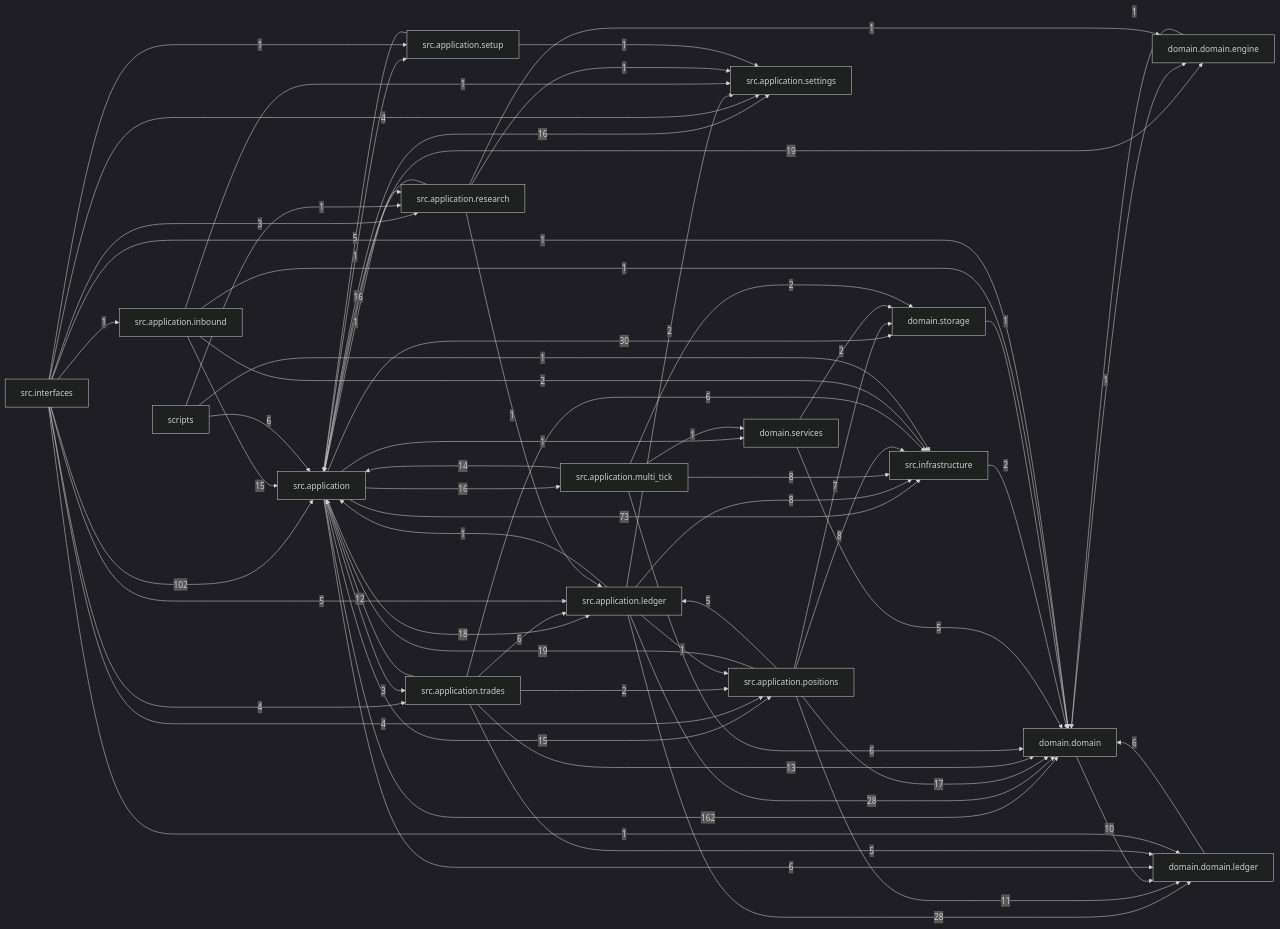
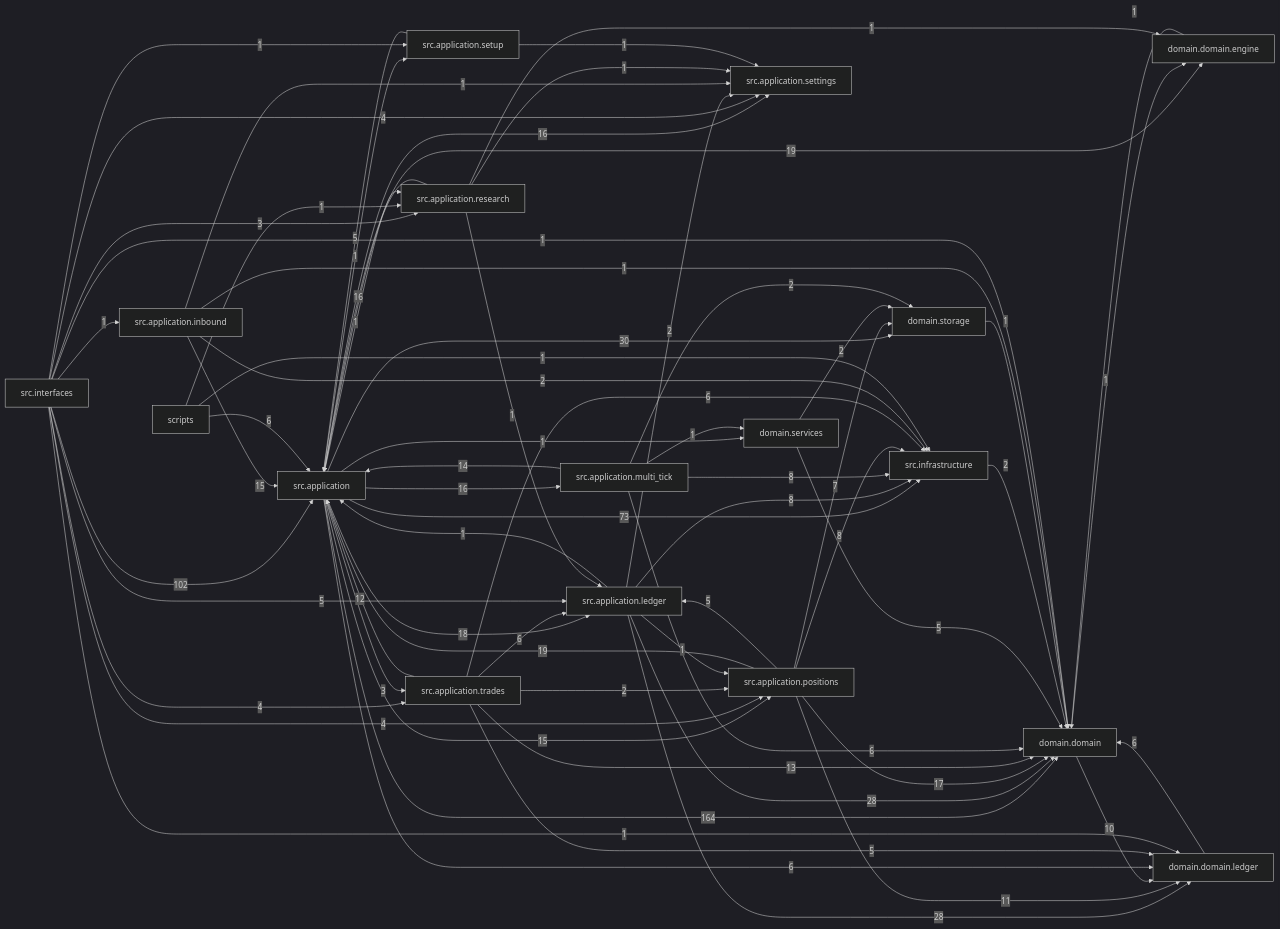
One commit to liuxie066/options-monitor changed the diagram in docs/dependency_graph.mmd. Above: the diagram before and after it, drawn with Mermaid (dark theme). The commit also changed 7 other files, not shown here.

```diff
--- a/docs/dependency_graph.mmd
+++ b/docs/dependency_graph.mmd
@@ -1,68 +1,68 @@
 flowchart LR
-  src_application["src.application"] -->|162| domain_domain["domain.domain"]
+  src_application["src.application"] -->|164| domain_domain["domain.domain"]
   src_interfaces["src.interfaces"] -->|102| src_application["src.application"]
   src_application["src.application"] -->|73| src_infrastructure["src.infrastructure"]
   src_application["src.application"] -->|30| domain_storage["domain.storage"]
   src_application_ledger["src.application.ledger"] -->|28| domain_domain["domain.domain"]
   src_application_ledger["src.application.ledger"] -->|28| domain_domain_ledger["domain.domain.ledger"]
   src_application["src.application"] -->|19| domain_domain_engine["domain.domain.engine"]
   src_application_positions["src.application.positions"] -->|19| src_application["src.application"]
   src_application["src.application"] -->|18| src_application_ledger["src.application.ledger"]
   src_application_positions["src.application.positions"] -->|17| domain_domain["domain.domain"]
   src_application["src.application"] -->|16| src_application_multi_tick["src.application.multi_tick"]
   src_application["src.application"] -->|16| src_application_settings["src.application.settings"]
   src_application_research["src.application.research"] -->|16| src_application["src.application"]
   src_application["src.application"] -->|15| src_application_positions["src.application.positions"]
   src_application_inbound["src.application.inbound"] -->|15| src_application["src.application"]
   src_application_multi_tick["src.application.multi_tick"] -->|14| src_application["src.application"]
   src_application_trades["src.application.trades"] -->|13| domain_domain["domain.domain"]
   src_application_trades["src.application.trades"] -->|12| src_application["src.application"]
   src_application_positions["src.application.positions"] -->|11| domain_domain_ledger["domain.domain.ledger"]
   domain_domain["domain.domain"] -->|10| domain_domain_ledger["domain.domain.ledger"]
   src_application_ledger["src.application.ledger"] -->|8| src_infrastructure["src.infrastructure"]
   src_application_multi_tick["src.application.multi_tick"] -->|8| src_infrastructure["src.infrastructure"]
   src_application_positions["src.application.positions"] -->|8| src_infrastructure["src.infrastructure"]
   src_application_positions["src.application.positions"] -->|7| domain_storage["domain.storage"]
   domain_domain_ledger["domain.domain.ledger"] -->|6| domain_domain["domain.domain"]
   scripts["scripts"] -->|6| src_application["src.application"]
   src_application["src.application"] -->|6| domain_domain_ledger["domain.domain.ledger"]
   src_application_multi_tick["src.application.multi_tick"] -->|6| domain_domain["domain.domain"]
   src_application_trades["src.application.trades"] -->|6| src_application_ledger["src.application.ledger"]
   src_application_trades["src.application.trades"] -->|6| src_infrastructure["src.infrastructure"]
   domain_services["domain.services"] -->|5| domain_domain["domain.domain"]
   src_application_positions["src.application.positions"] -->|5| src_application_ledger["src.application.ledger"]
   src_application_setup["src.application.setup"] -->|5| src_application["src.application"]
   src_application_trades["src.application.trades"] -->|5| domain_domain_ledger["domain.domain.ledger"]
   src_interfaces["src.interfaces"] -->|5| src_application_ledger["src.application.ledger"]
   src_interfaces["src.interfaces"] -->|4| src_application_positions["src.application.positions"]
   src_interfaces["src.interfaces"] -->|4| src_application_settings["src.application.settings"]
   src_interfaces["src.interfaces"] -->|4| src_application_trades["src.application.trades"]
   src_application["src.application"] -->|3| src_application_trades["src.application.trades"]
   src_interfaces["src.interfaces"] -->|3| src_application_research["src.application.research"]
   domain_services["domain.services"] -->|2| domain_storage["domain.storage"]
   src_application_inbound["src.application.inbound"] -->|2| src_infrastructure["src.infrastructure"]
   src_application_ledger["src.application.ledger"] -->|2| src_application_settings["src.application.settings"]
   src_application_multi_tick["src.application.multi_tick"] -->|2| domain_storage["domain.storage"]
   src_application_trades["src.application.trades"] -->|2| src_application_positions["src.application.positions"]
   src_infrastructure["src.infrastructure"] -->|2| domain_domain["domain.domain"]
   domain_domain["domain.domain"] -->|1| domain_domain_engine["domain.domain.engine"]
   domain_domain_engine["domain.domain.engine"] -->|1| domain_domain["domain.domain"]
   domain_storage["domain.storage"] -->|1| domain_domain["domain.domain"]
   scripts["scripts"] -->|1| src_application_research["src.application.research"]
   scripts["scripts"] -->|1| src_infrastructure["src.infrastructure"]
   src_application["src.application"] -->|1| domain_services["domain.services"]
   src_application["src.application"] -->|1| src_application_research["src.application.research"]
   src_application["src.application"] -->|1| src_application_setup["src.application.setup"]
   src_application_inbound["src.application.inbound"] -->|1| domain_domain["domain.domain"]
   src_application_inbound["src.application.inbound"] -->|1| src_application_settings["src.application.settings"]
   src_application_ledger["src.application.ledger"] -->|1| src_application["src.application"]
   src_application_ledger["src.application.ledger"] -->|1| src_application_positions["src.application.positions"]
   src_application_multi_tick["src.application.multi_tick"] -->|1| domain_services["domain.services"]
   src_application_research["src.application.research"] -->|1| domain_domain_engine["domain.domain.engine"]
   src_application_research["src.application.research"] -->|1| src_application_ledger["src.application.ledger"]
   src_application_research["src.application.research"] -->|1| src_application_settings["src.application.settings"]
   src_application_setup["src.application.setup"] -->|1| src_application_settings["src.application.settings"]
   src_interfaces["src.interfaces"] -->|1| domain_domain["domain.domain"]
   src_interfaces["src.interfaces"] -->|1| domain_domain_ledger["domain.domain.ledger"]
   src_interfaces["src.interfaces"] -->|1| src_application_inbound["src.application.inbound"]
   src_interfaces["src.interfaces"] -->|1| src_application_setup["src.application.setup"]
```
